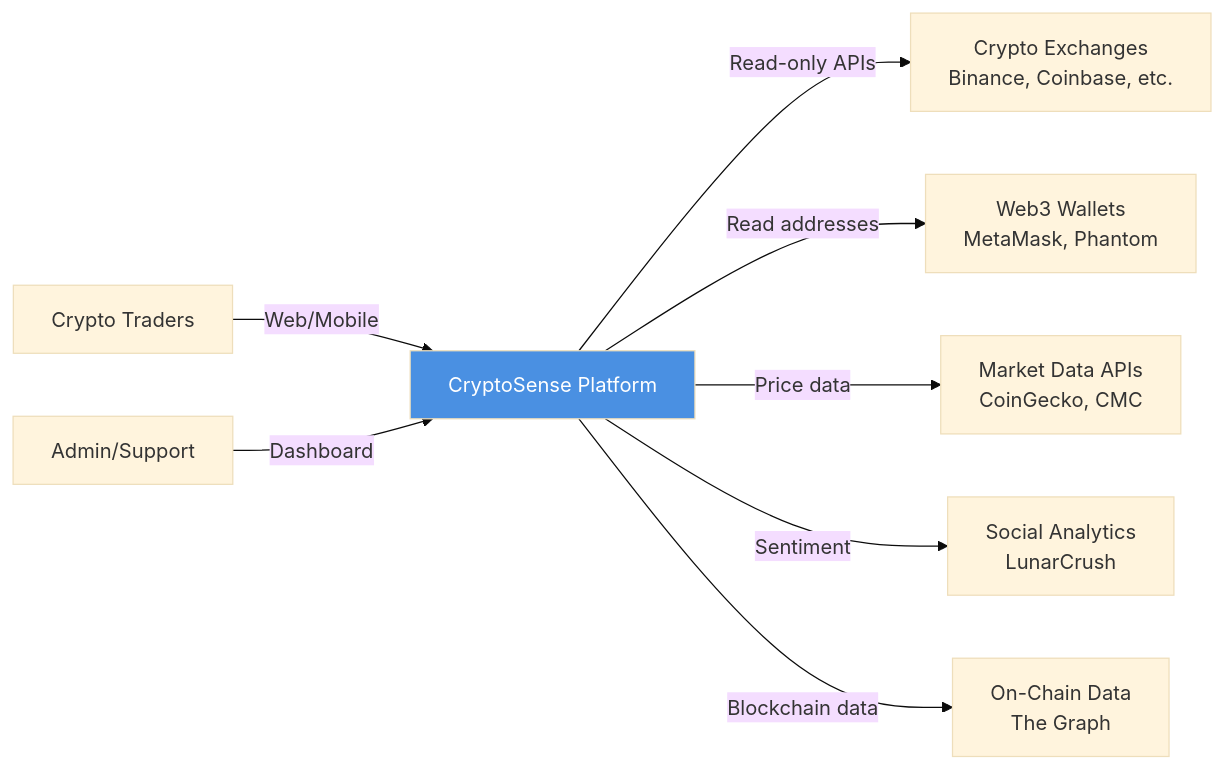
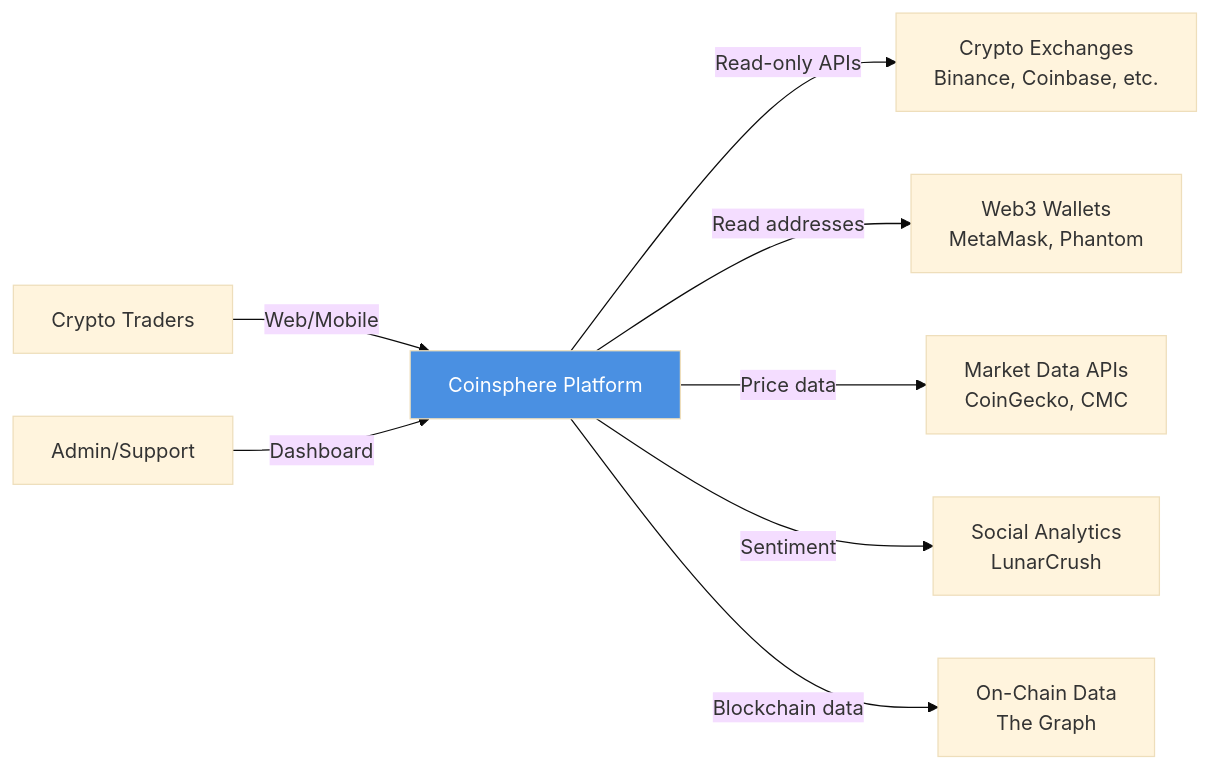
One commit to mkelam/Coinsphere changed the second of 4 diagrams in Documentation/System Architecture Document.md. Above: the diagram before and after it, drawn with Mermaid (base theme). The commit also changed other lines of this file and 154 other files, not shown here.

````diff
--- a/Documentation/System Architecture Document.md
+++ b/Documentation/System Architecture Document.md
@@ -166,24 +166,24 @@
 ```mermaid
 graph LR
     User[Crypto Traders]
     Admin[Admin/Support]
     
-    System[CryptoSense Platform]
+    System[Coinsphere Platform]
     
     Exchanges[Crypto Exchanges<br/>Binance, Coinbase, etc.]
     Wallets[Web3 Wallets<br/>MetaMask, Phantom]
     PriceFeeds[Market Data APIs<br/>CoinGecko, CMC]
     SocialData[Social Analytics<br/>LunarCrush]
     OnChain[On-Chain Data<br/>The Graph]
     
     User -->|Web/Mobile| System
     Admin -->|Dashboard| System
     
     System -->|Read-only APIs| Exchanges
     System -->|Read addresses| Wallets
     System -->|Price data| PriceFeeds
     System -->|Sentiment| SocialData
     System -->|Blockchain data| OnChain
     
     style System fill:#4A90E2,color:#fff
 ```
````
